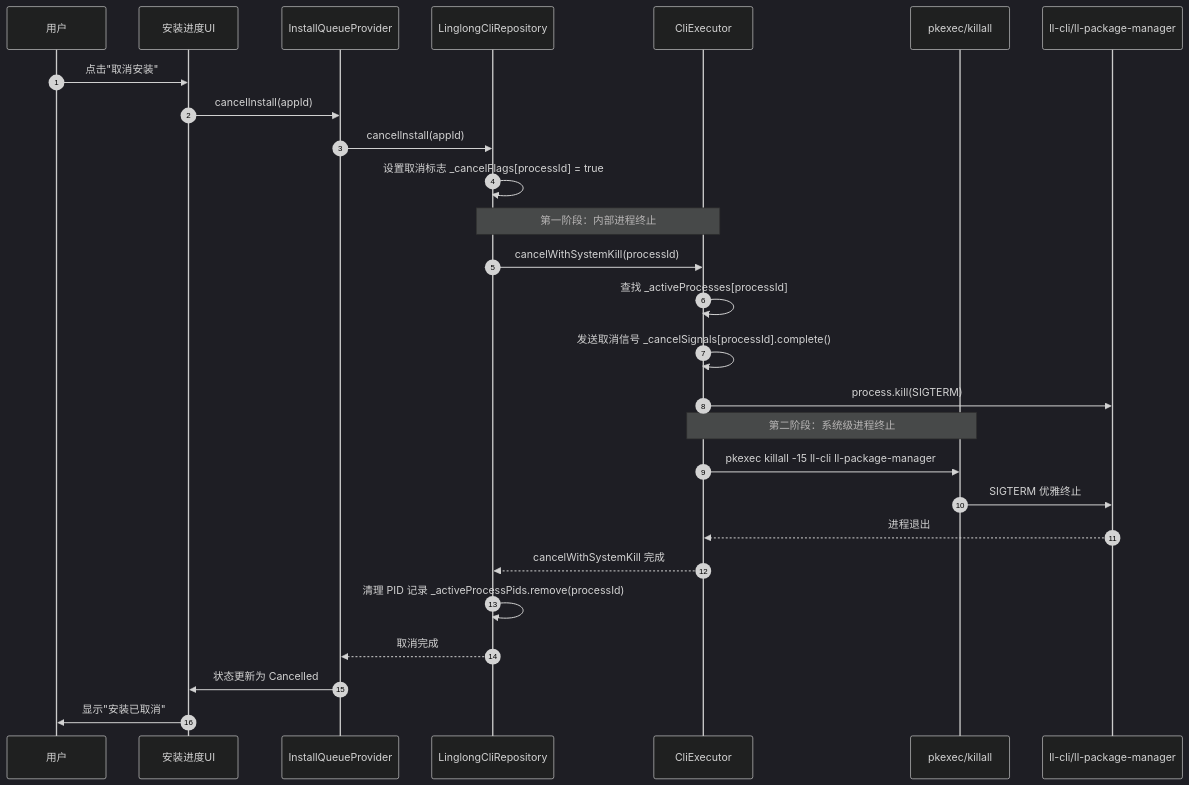
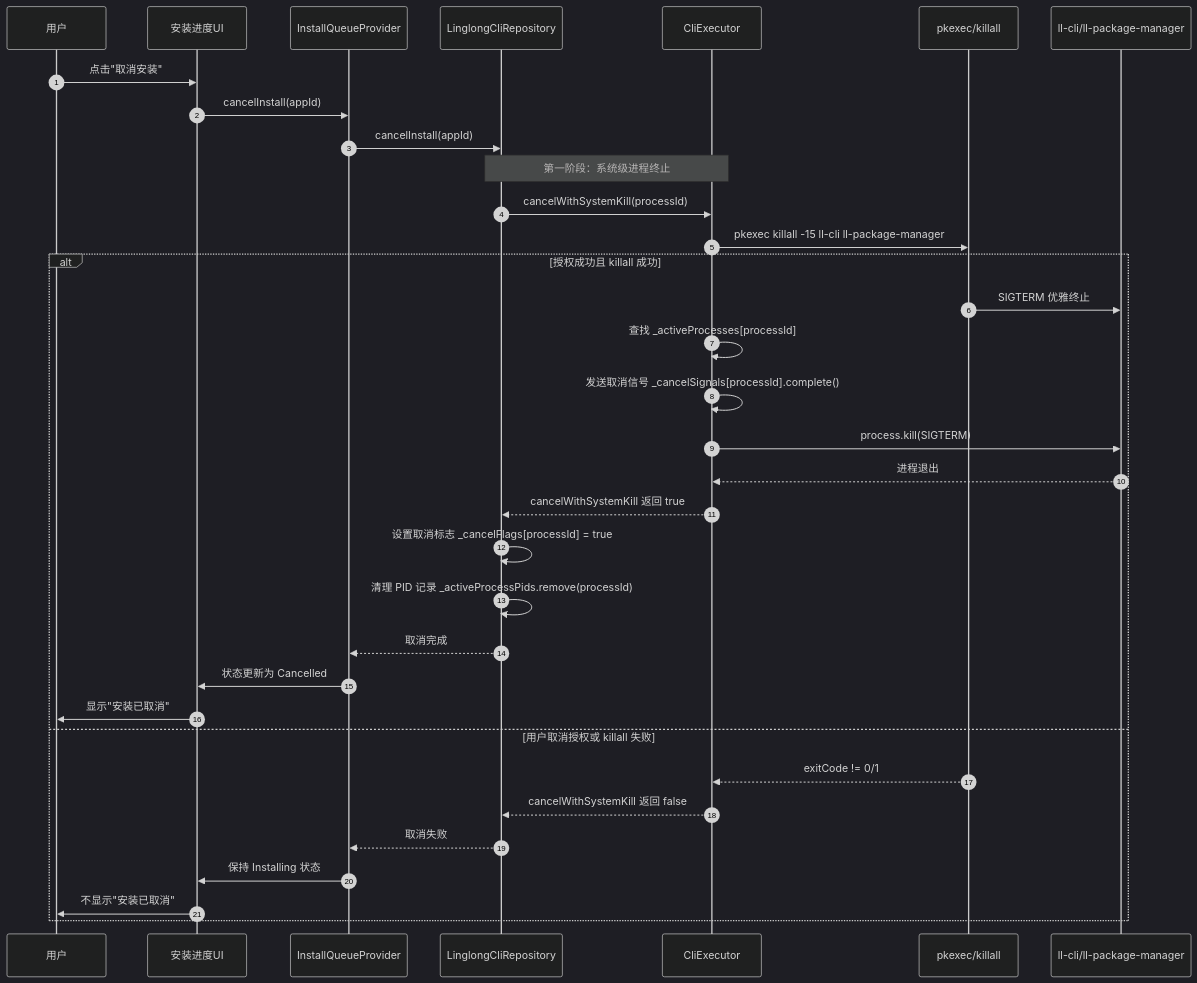
One commit to HanHan666666/flutter-linglong-store changed the sixth of 16 diagrams in docs/07-runtime-sequence-and-state-diagrams.md. Above: the diagram before and after it, drawn with Mermaid (dark theme). The commit also changed other lines of this file and 6 other files, not shown here.

````diff
--- a/docs/07-runtime-sequence-and-state-diagrams.md
+++ b/docs/07-runtime-sequence-and-state-diagrams.md
@@ -233,35 +233,39 @@
 ```mermaid
 sequenceDiagram
     autonumber
     participant User as 用户
     participant UI as 安装进度UI
     participant Queue as InstallQueueProvider
     participant Repo as LinglongCliRepository
     participant CLI as CliExecutor
     participant System as pkexec/killall
     participant Process as ll-cli/ll-package-manager
 
     User->>UI: 点击"取消安装"
     UI->>Queue: cancelInstall(appId)
     Queue->>Repo: cancelInstall(appId)
-    Repo->>Repo: 设置取消标志 _cancelFlags[processId] = true
 
-    Note over Repo,CLI: 第一阶段：内部进程终止
+    Note over Repo,CLI: 第一阶段：系统级进程终止
 
     Repo->>CLI: cancelWithSystemKill(processId)
-    CLI->>CLI: 查找 _activeProcesses[processId]
-    CLI->>CLI: 发送取消信号 _cancelSignals[processId].complete()
-    CLI->>Process: process.kill(SIGTERM)
-
-    Note over CLI,System: 第二阶段：系统级进程终止
-
     CLI->>System: pkexec killall -15 ll-cli ll-package-manager
-    System->>Process: SIGTERM 优雅终止
-    Process-->>CLI: 进程退出
-    CLI-->>Repo: cancelWithSystemKill 完成
-
-    Repo->>Repo: 清理 PID 记录 _activeProcessPids.remove(processId)
-    Repo-->>Queue: 取消完成
-    Queue->>UI: 状态更新为 Cancelled
-    UI->>User: 显示"安装已取消"
+    alt 授权成功且 killall 成功
+        System->>Process: SIGTERM 优雅终止
+        CLI->>CLI: 查找 _activeProcesses[processId]
+        CLI->>CLI: 发送取消信号 _cancelSignals[processId].complete()
+        CLI->>Process: process.kill(SIGTERM)
+        Process-->>CLI: 进程退出
+        CLI-->>Repo: cancelWithSystemKill 返回 true
+        Repo->>Repo: 设置取消标志 _cancelFlags[processId] = true
+        Repo->>Repo: 清理 PID 记录 _activeProcessPids.remove(processId)
+        Repo-->>Queue: 取消完成
+        Queue->>UI: 状态更新为 Cancelled
+        UI->>User: 显示"安装已取消"
+    else 用户取消授权或 killall 失败
+        System-->>CLI: exitCode != 0/1
+        CLI-->>Repo: cancelWithSystemKill 返回 false
+        Repo-->>Queue: 取消失败
+        Queue->>UI: 保持 Installing 状态
+        UI->>User: 不显示"安装已取消"
+    end
 ```
````
